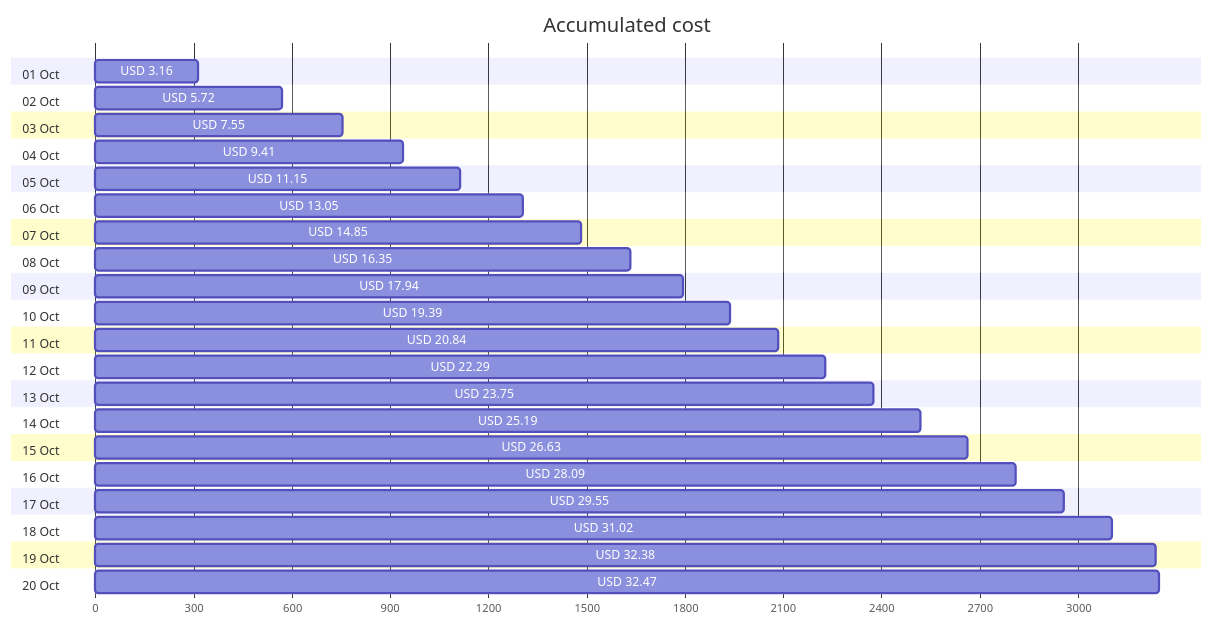
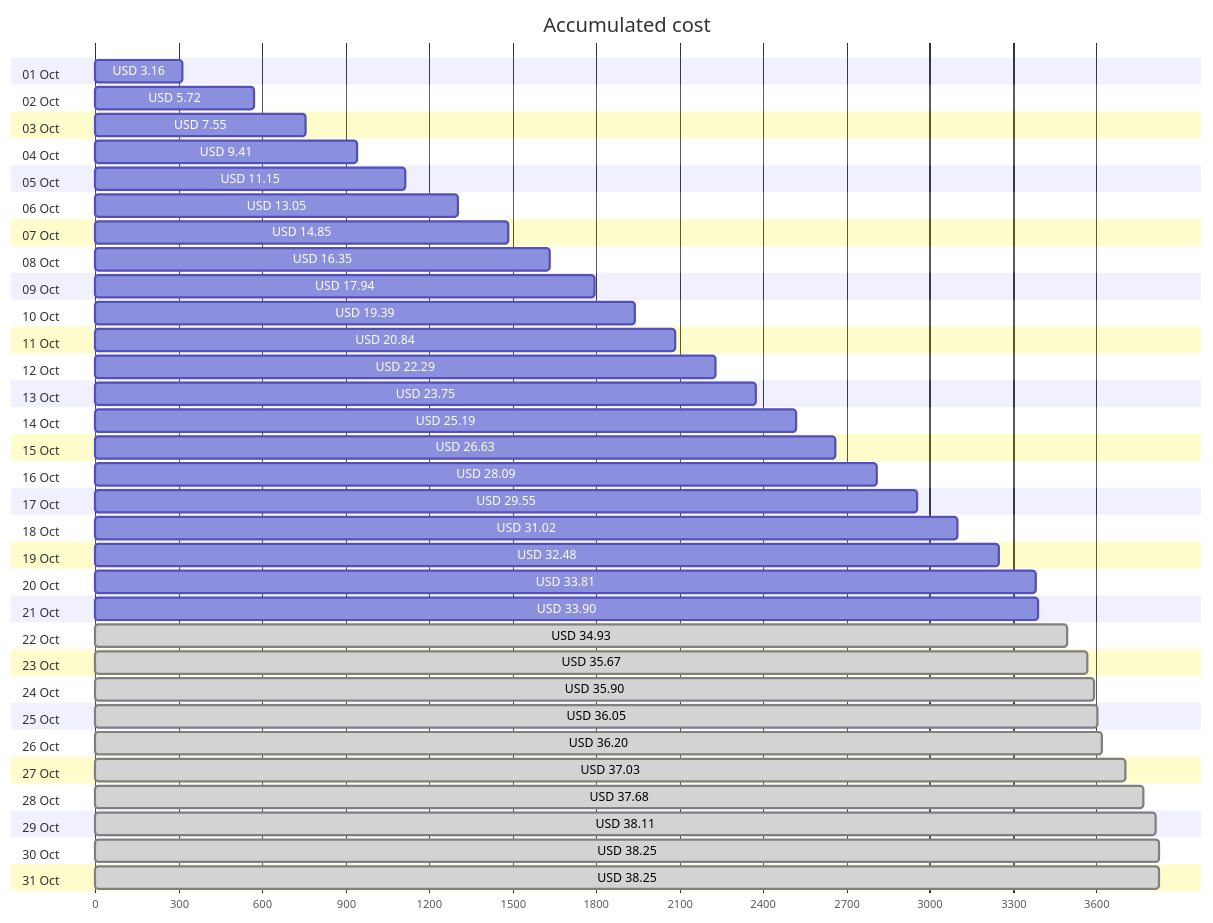
The first of 4 diagrams in cost-reports/personal-network/README.md (jpfulton/azure-personal-reports), drawn with Mermaid before and after one commit. The commit also changed other lines of this file and 8 other files, not shown here.

````diff
--- a/cost-reports/personal-network/README.md
+++ b/cost-reports/personal-network/README.md
@@ -20,46 +20,68 @@
 ```mermaid
 gantt
    title Accumulated cost
    dateFormat  X
    axisFormat %s
    section 01 Oct
    USD 3.16 :0, 316
    section 02 Oct
    USD 5.72 :0, 572
    section 03 Oct
    USD 7.55 :0, 755
    section 04 Oct
    USD 9.41 :0, 941
    section 05 Oct
    USD 11.15 :0, 1115
    section 06 Oct
    USD 13.05 :0, 1305
    section 07 Oct
    USD 14.85 :0, 1485
    section 08 Oct
    USD 16.35 :0, 1635
    section 09 Oct
    USD 17.94 :0, 1794
    section 10 Oct
    USD 19.39 :0, 1939
    section 11 Oct
    USD 20.84 :0, 2084
    section 12 Oct
    USD 22.29 :0, 2229
    section 13 Oct
    USD 23.75 :0, 2375
    section 14 Oct
    USD 25.19 :0, 2519
    section 15 Oct
    USD 26.63 :0, 2663
    section 16 Oct
    USD 28.09 :0, 2809
    section 17 Oct
    USD 29.55 :0, 2955
    section 18 Oct
    USD 31.02 :0, 3102
    section 19 Oct
-   USD 32.38 :0, 3238
+   USD 32.48 :0, 3248
    section 20 Oct
-   USD 32.47 :0, 3247
+   USD 33.81 :0, 3381
+   section 21 Oct
+   USD 33.90 :0, 3390
+   section 22 Oct
+   USD 34.93 : done, 0, 3493
+   section 23 Oct
+   USD 35.67 : done, 0, 3567
+   section 24 Oct
+   USD 35.90 : done, 0, 3590
+   section 25 Oct
+   USD 36.05 : done, 0, 3605
+   section 26 Oct
+   USD 36.20 : done, 0, 3620
+   section 27 Oct
+   USD 37.03 : done, 0, 3703
+   section 28 Oct
+   USD 37.68 : done, 0, 3768
+   section 29 Oct
+   USD 38.11 : done, 0, 3811
+   section 30 Oct
+   USD 38.25 : done, 0, 3825
+   section 31 Oct
+   USD 38.25 : done, 0, 3825
 ```
````
